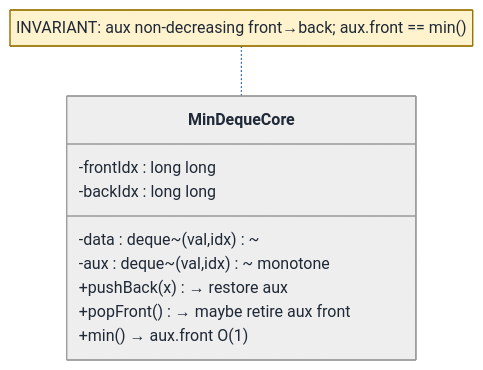
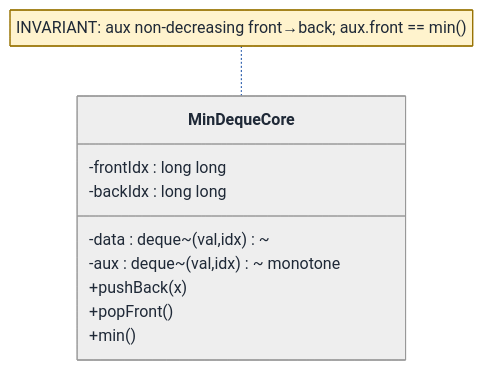
The second of 6 diagrams in LLD/Topics/LLD_DataStructures/Min_Deque.md (Prateek-5/question-bank), drawn with Mermaid before and after one commit. The commit also changed 61 other files, not shown here.

First line of the commit message:
Fix invalid mermaid classDiagram member syntax across LLD walkthroughs

````diff
--- a/LLD/Topics/LLD_DataStructures/Min_Deque.md
+++ b/LLD/Topics/LLD_DataStructures/Min_Deque.md
@@ -332,46 +332,46 @@
 ```mermaid
 ---
 config:
   theme: neutral
   themeVariables:
     background: '#ffffff'
     primaryColor: '#cfe2ff'
     primaryTextColor: '#1f2937'
     primaryBorderColor: '#084298'
     secondaryColor: '#fff3cd'
     secondaryTextColor: '#1f2937'
     secondaryBorderColor: '#664d03'
     tertiaryColor: '#d1e7dd'
     tertiaryTextColor: '#1f2937'
     tertiaryBorderColor: '#0a3622'
     lineColor: '#0d47a1'
     textColor: '#1f2937'
     noteBkgColor: '#fff3cd'
     noteTextColor: '#1f2937'
     noteBorderColor: '#997404'
     actorBkg: '#cfe2ff'
     actorBorder: '#084298'
     actorTextColor: '#1f2937'
     signalColor: '#0d47a1'
     signalTextColor: '#1f2937'
     labelBoxBkgColor: '#ffffff'
     labelBoxBorderColor: '#d3d3d3'
     labelTextColor: '#1f2937'
     edgeLabelBackground: '#ffffff'
     labelBackground: '#ffffff'
     classText: '#1f2937'
     fontFamily: 'system-ui, -apple-system, Segoe UI, Helvetica, Arial, sans-serif'
 ---
 classDiagram
   direction TB
   class MinDequeCore {
     -data : deque~(val,idx)~
     -aux : deque~(val,idx)~  monotone
     -frontIdx : long long
     -backIdx : long long
-    +pushBack(x)  → restore aux
-    +popFront()   → maybe retire aux front
-    +min()        → aux.front  O(1)
+    +pushBack(x)
+    +popFront()
+    +min()
   }
   note for MinDequeCore "INVARIANT: aux non-decreasing front→back; aux.front == min()"
 ```
````
